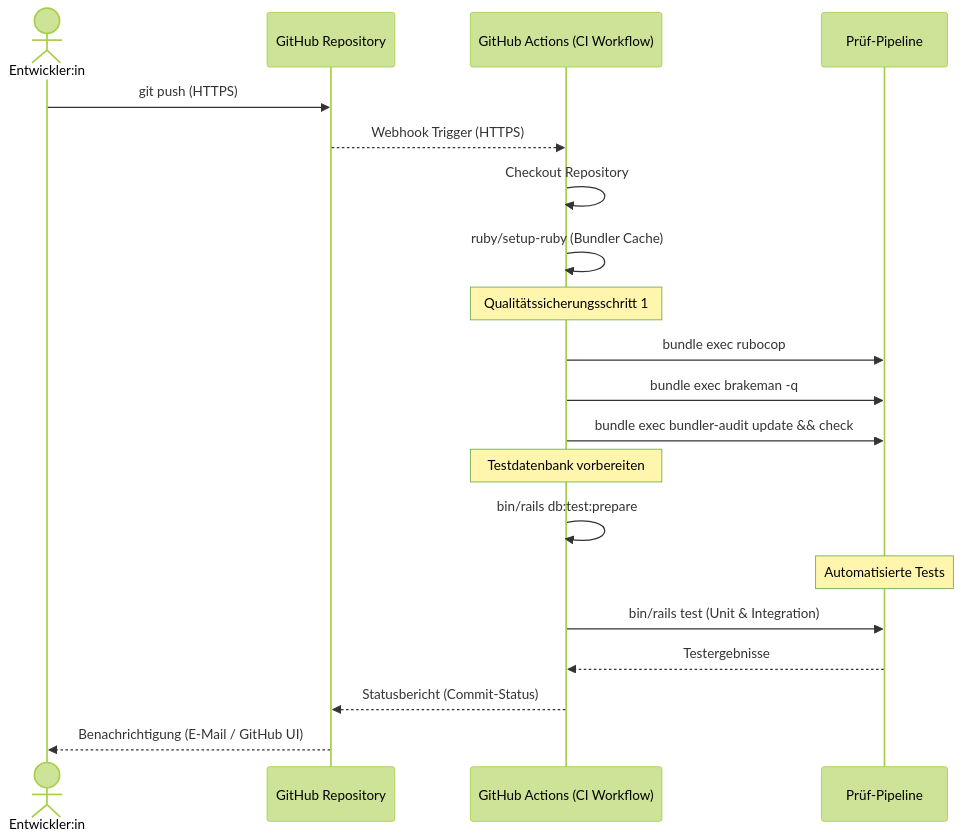
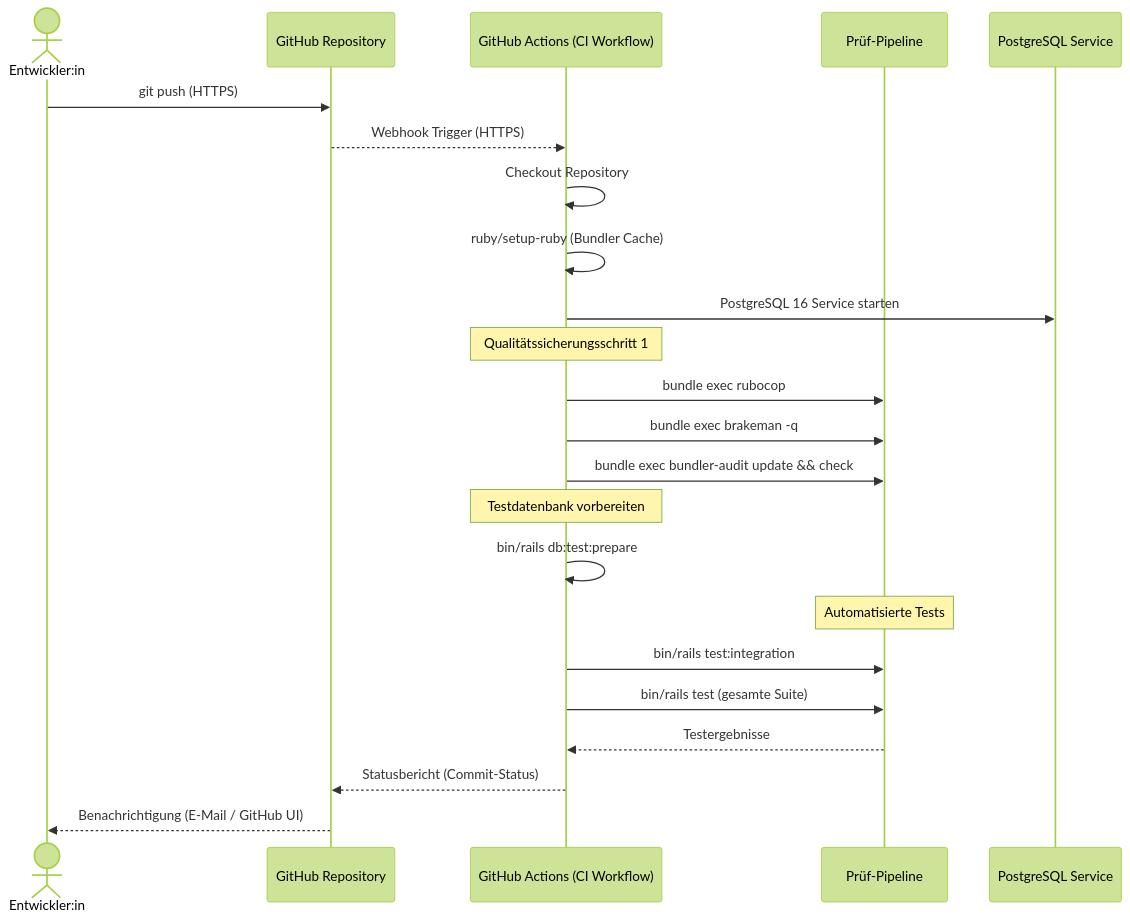
Before and after one commit to nerminitech/BrainBuster: the diagram in docs/pipeline_sequence.md, drawn with Mermaid (forest theme). The commit also changed other lines of this file, not shown here.

Commit message:
change: current version of pipeline diagram

````diff
--- a/docs/pipeline_sequence.md
+++ b/docs/pipeline_sequence.md
@@ -3,28 +3,31 @@
 ```mermaid
 sequenceDiagram
     actor Dev as Entwickler:in
     participant Repo as GitHub Repository
     participant CI as GitHub Actions (CI Workflow)
     participant QA as Prüf-Pipeline
+    participant DB as PostgreSQL Service
 
     Dev->>Repo: git push (HTTPS)
     Repo-->>CI: Webhook Trigger (HTTPS)
 
     CI->>CI: Checkout Repository
     CI->>CI: ruby/setup-ruby (Bundler Cache)
+    CI->>DB: PostgreSQL 16 Service starten
 
     Note over CI: Qualitätssicherungsschritt 1
     CI->>QA: bundle exec rubocop
     CI->>QA: bundle exec brakeman -q
     CI->>QA: bundle exec bundler-audit update && check
 
     Note over CI: Testdatenbank vorbereiten
     CI->>CI:  bin/rails db:test:prepare
 
     Note over QA: Automatisierte Tests
-    CI->>QA: bin/rails test (Unit & Integration)
+    CI->>QA: bin/rails test:integration
+    CI->>QA: bin/rails test (gesamte Suite)
 
     QA-->>CI: Testergebnisse
     CI-->>Repo: Statusbericht (Commit-Status)
     Repo-->>Dev: Benachrichtigung (E-Mail / GitHub UI)
 ```
````
